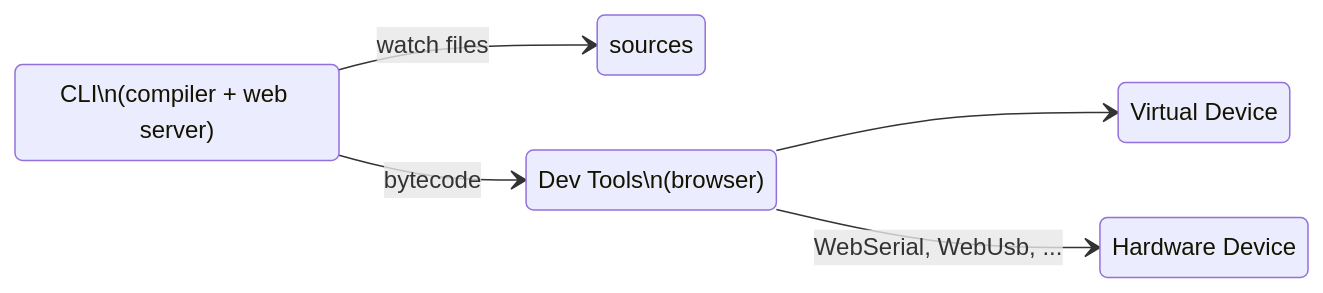
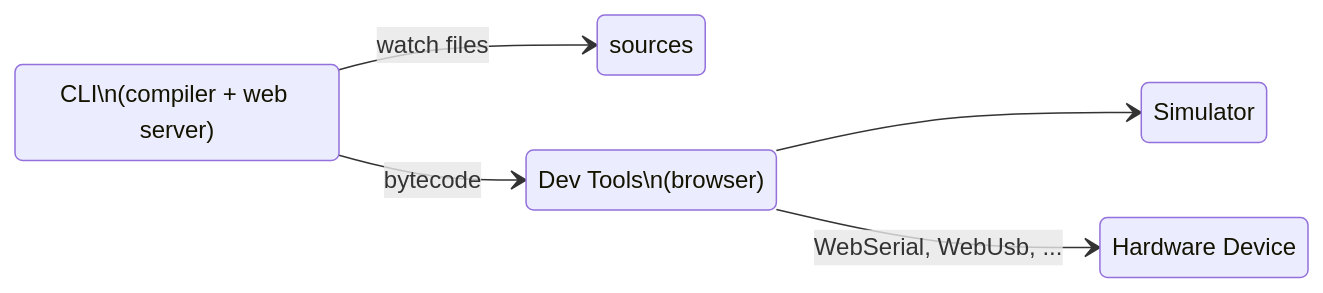
The diagram in website/docs/api/cli.md (microsoft/devicescript), drawn with Mermaid before and after one commit. The commit also changed other lines of this file and 8 other files, not shown here.

Commit message:
virtual device -> simulator

````diff
--- a/website/docs/api/cli.md
+++ b/website/docs/api/cli.md
@@ -102,13 +102,13 @@
 ```mermaid
 stateDiagram-v2
     direction LR
     sources
     cli: CLI\n(compiler + web server)
     browser: Dev Tools\n(browser)
-    vdev: Virtual Device
+    sim: Simulator
     dev: Hardware Device
     cli --> sources: watch files
     cli --> browser: bytecode
-    browser --> vdev
+    browser --> sim
     browser --> dev: WebSerial, WebUsb, ...
 ```
````
